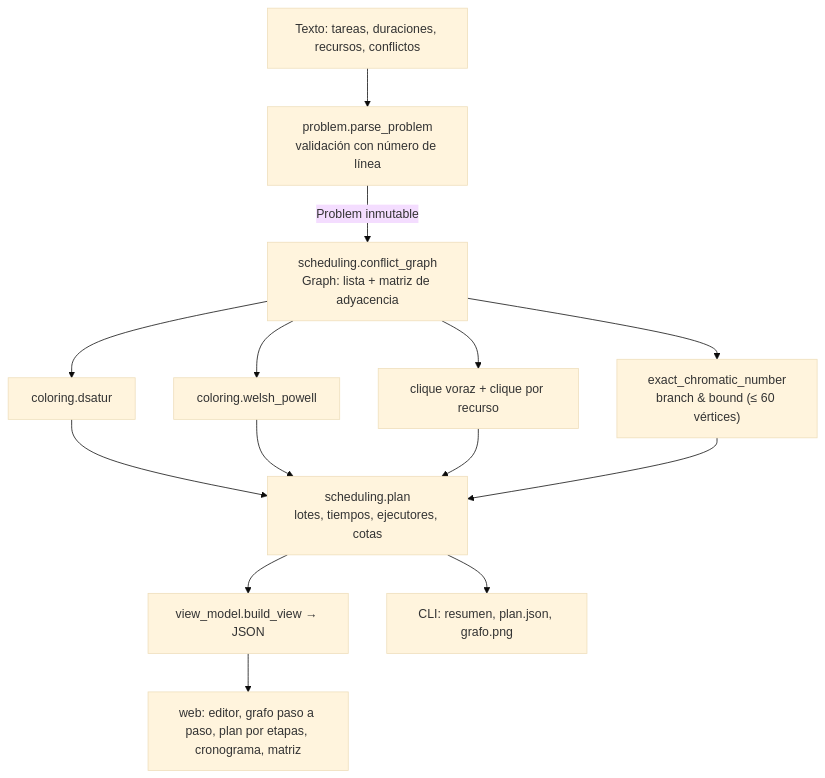
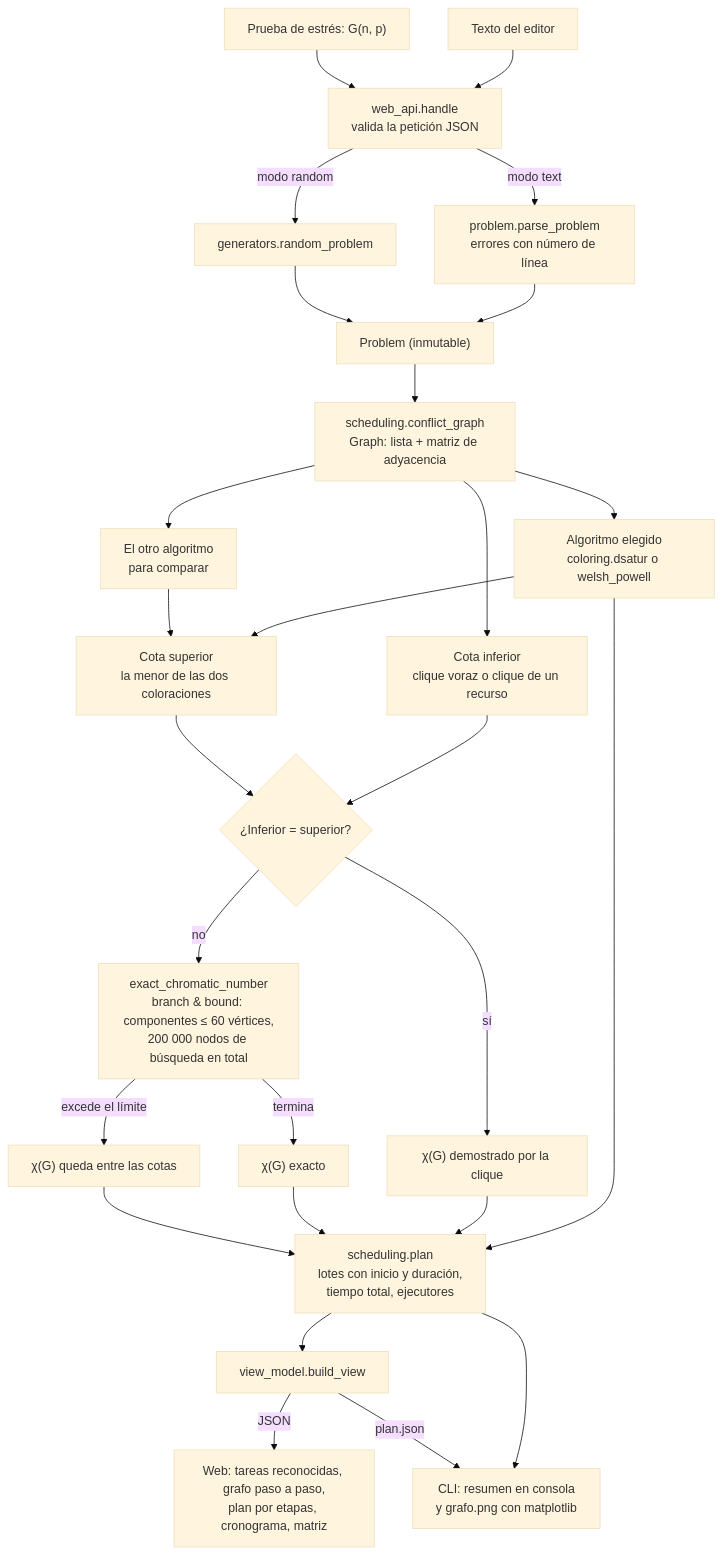
The second of 3 diagrams in docs/ARQUITECTURA.md (Djch18AtSchool/graph-resource-planner), drawn with Mermaid (base theme) before and after one commit. The commit also changed other lines of this file and 2 other files, not shown here.

First line of the commit message:
docs: corregir diagramas de arquitectura y agregar guion del video

````diff
--- a/docs/ARQUITECTURA.md
+++ b/docs/ARQUITECTURA.md
@@ -51,16 +63,29 @@
 ```mermaid
 flowchart TD
-    IN["Texto: tareas, duraciones, recursos, conflictos"] --> PR["problem.parse_problem<br/>validación con número de línea"]
-    PR -->|Problem inmutable| CG["scheduling.conflict_graph<br/>Graph: lista + matriz de adyacencia"]
-    CG --> A1["coloring.dsatur"]
-    CG --> A2["coloring.welsh_powell"]
-    CG --> LB["clique voraz + clique por recurso"]
-    CG --> EX["exact_chromatic_number<br/>branch & bound (≤ 60 vértices)"]
-    A1 --> PL["scheduling.plan<br/>lotes, tiempos, ejecutores, cotas"]
-    A2 --> PL
-    LB --> PL
-    EX --> PL
-    PL --> VM["view_model.build_view → JSON"]
-    VM --> WEB["web: editor, grafo paso a paso, plan por etapas, cronograma, matriz"]
-    PL --> CLI["CLI: resumen, plan.json, grafo.png"]
+    IN["Texto del editor"] --> API["web_api.handle<br/>valida la petición JSON"]
+    RND["Prueba de estrés: G(n, p)"] --> API
+    API -->|"modo text"| PR["problem.parse_problem<br/>errores con número de línea"]
+    API -->|"modo random"| RP["generators.random_problem"]
+    PR --> PB["Problem (inmutable)"]
+    RP --> PB
+    PB --> CG["scheduling.conflict_graph<br/>Graph: lista + matriz de adyacencia"]
+    CG --> A1["Algoritmo elegido<br/>coloring.dsatur o welsh_powell"]
+    CG --> A2["El otro algoritmo<br/>para comparar"]
+    CG --> LB["Cota inferior<br/>clique voraz o clique de un recurso"]
+    A1 --> UB["Cota superior<br/>la menor de las dos coloraciones"]
+    A2 --> UB
+    LB --> Q{"¿Inferior = superior?"}
+    UB --> Q
+    Q -->|"sí"| OPT["χ(G) demostrado por la clique"]
+    Q -->|"no"| EX["exact_chromatic_number<br/>branch & bound: componentes ≤ 60 vértices,<br/>200 000 nodos de búsqueda en total"]
+    EX -->|"termina"| OPT2["χ(G) exacto"]
+    EX -->|"excede el límite"| RNG["χ(G) queda entre las cotas"]
+    A1 --> PL["scheduling.plan<br/>lotes con inicio y duración,<br/>tiempo total, ejecutores"]
+    OPT --> PL
+    OPT2 --> PL
+    RNG --> PL
+    PL --> VM["view_model.build_view"]
+    VM -->|"JSON"| WEB["Web: tareas reconocidas, grafo paso a paso,<br/>plan por etapas, cronograma, matriz"]
+    PL --> CLI["CLI: resumen en consola<br/>y grafo.png con matplotlib"]
+    VM -->|"plan.json"| CLI
 ```
````
